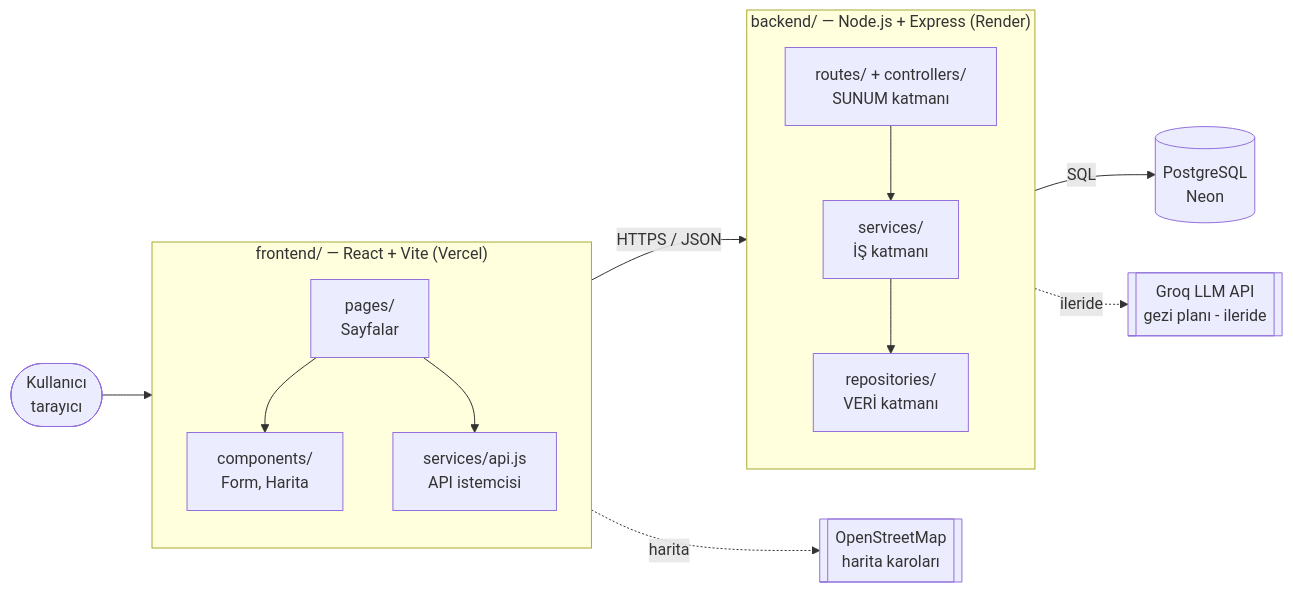
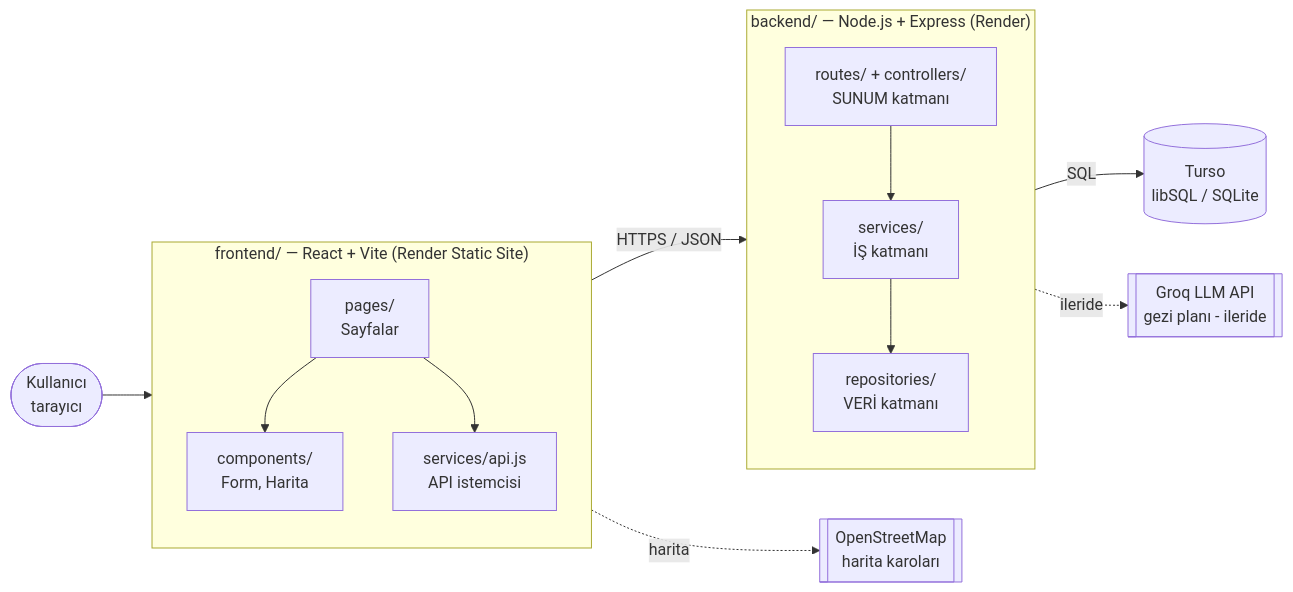
The first of 2 diagrams in docs/mimari.md (diyarkaraduman73-crypto/p45-kisisellestirilmis-gezi-planlay-c-s-), drawn with Mermaid before and after one commit. The commit also changed other lines of this file and 29 other files, not shown here.

First line of the commit message:
Veritabanını Turso'ya taşı, yayını Render'a topla

````diff
--- a/docs/mimari.md
+++ b/docs/mimari.md
@@ -7,31 +7,31 @@
 ```mermaid
 flowchart LR
     U([Kullanıcı<br/>tarayıcı])
 
-    subgraph FE["frontend/ — React + Vite (Vercel)"]
+    subgraph FE["frontend/ — React + Vite (Render Static Site)"]
         direction TB
         P[pages/<br/>Sayfalar]
         C[components/<br/>Form, Harita]
         S[services/api.js<br/>API istemcisi]
         P --> C
         P --> S
     end
 
     subgraph BE["backend/ — Node.js + Express (Render)"]
         direction TB
         R[routes/ + controllers/<br/>SUNUM katmanı]
         SV[services/<br/>İŞ katmanı]
         RP[repositories/<br/>VERİ katmanı]
         R --> SV --> RP
     end
 
-    DB[(PostgreSQL<br/>Neon)]
+    DB[(Turso<br/>libSQL / SQLite)]
     OSM[[OpenStreetMap<br/>harita karoları]]
     LLM[[Groq LLM API<br/>gezi planı - ileride]]
 
     U --> FE
     S -- "HTTPS / JSON" --> R
     RP -- SQL --> DB
     C -. harita .-> OSM
     SV -. ileride .-> LLM
 ```
````
